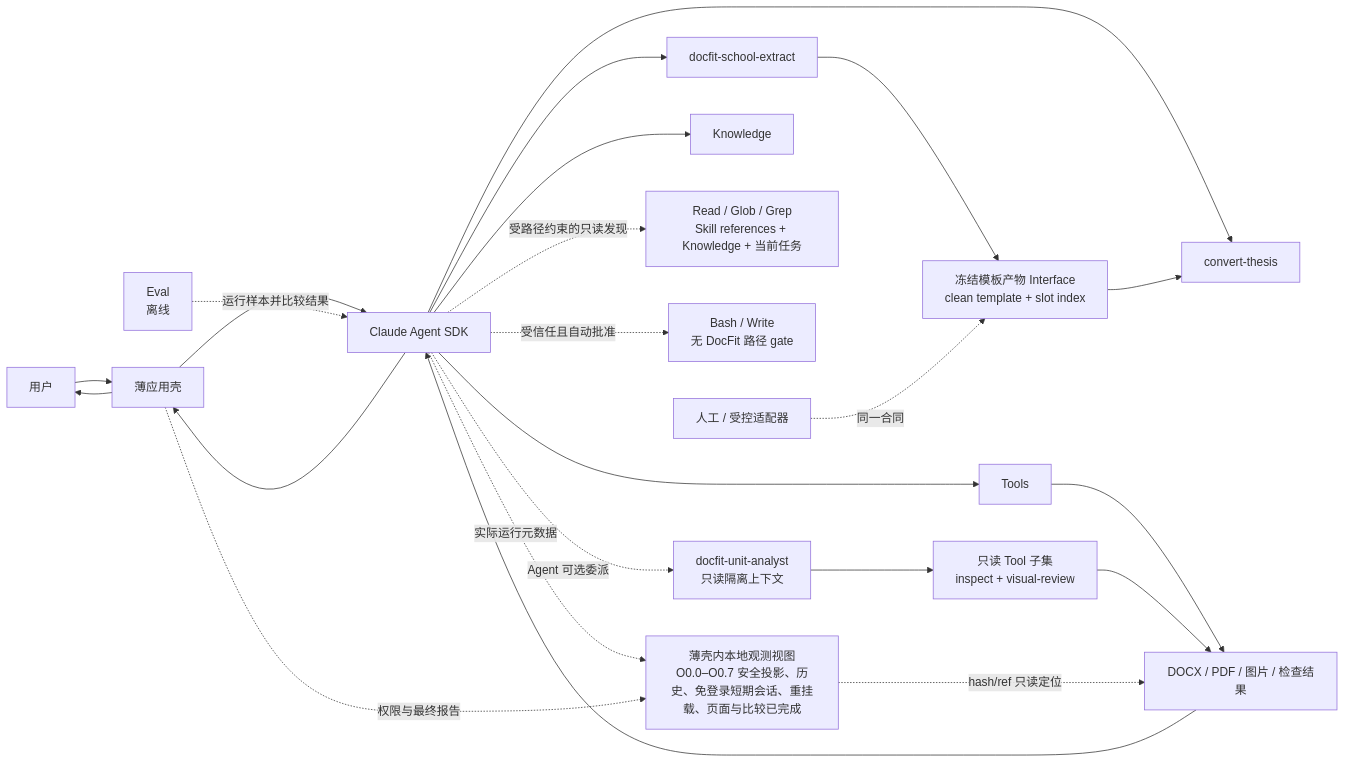
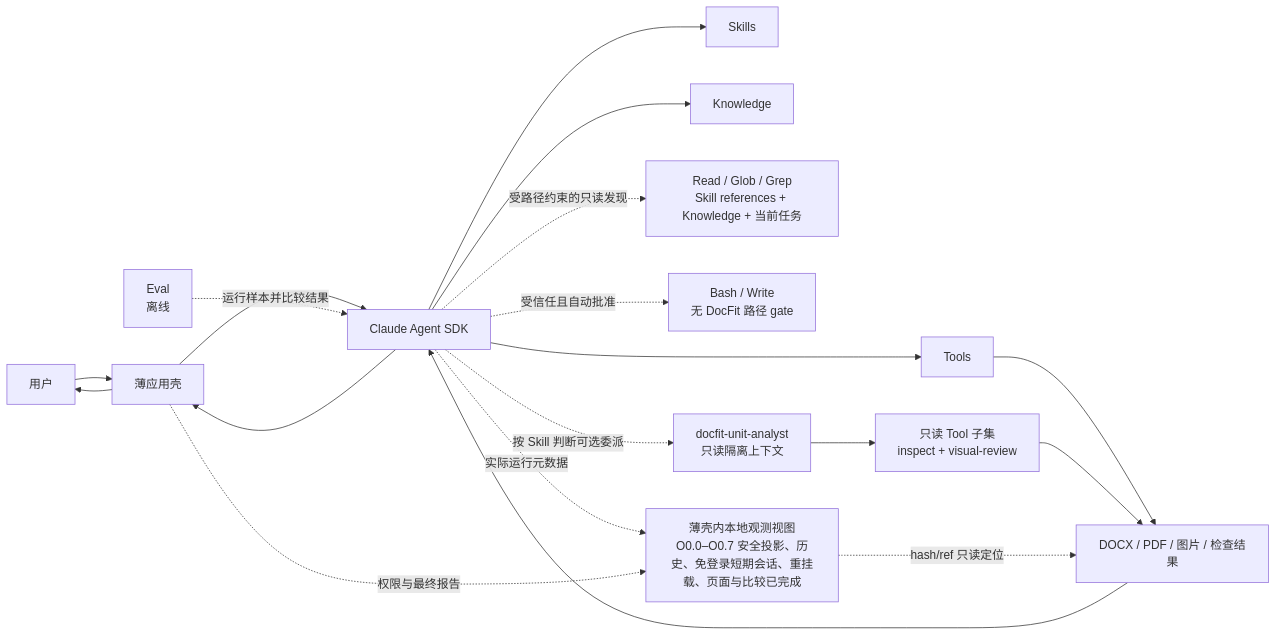
One commit to bamao88/0730 changed the diagram in docs/docfit-01-architecture-core.md. Above: the diagram before and after it, drawn with Mermaid. The commit also changed other lines of this file and 6 other files, not shown here.

Commit message:
docs: keep school skill redesign in plans

````diff
--- a/docs/docfit-01-architecture-core.md
+++ b/docs/docfit-01-architecture-core.md
@@ -103,25 +92,21 @@
 ```mermaid
 flowchart LR
     U["用户"] --> A["薄应用壳"]
     A --> SDK["Claude Agent SDK"]
-    SDK --> S1["docfit-school-extract"]
-    SDK --> S2["convert-thesis"]
-    S1 --> I["冻结模板产物 Interface<br/>clean template + slot index"]
-    H["人工 / 受控适配器"] -.同一合同.-> I
-    I --> S2
+    SDK --> S["Skills"]
     SDK --> K["Knowledge"]
     SDK --> T["Tools"]
     SDK -."受路径约束的只读发现".-> R["Read / Glob / Grep<br/>Skill references + Knowledge + 当前任务"]
     SDK -."受信任且自动批准".-> W["Bash / Write<br/>无 DocFit 路径 gate"]
-    SDK -."Agent 可选委派".-> SA["docfit-unit-analyst<br/>只读隔离上下文"]
+    SDK -."按 Skill 判断可选委派".-> SA["docfit-unit-analyst<br/>只读隔离上下文"]
     SA --> RT["只读 Tool 子集<br/>inspect + visual-review"]
     T --> F["DOCX / PDF / 图片 / 检查结果"]
     RT --> F
     F --> SDK
     SDK --> A
     A --> U
     SDK -."实际运行元数据".-> O["薄壳内本地观测视图<br/>O0.0–O0.7 安全投影、历史、免登录短期会话、重挂载、页面与比较已完成"]
     A -."权限与最终报告".-> O
     O -."hash/ref 只读定位".-> F
     E["Eval<br/>离线"] -.运行样本并比较结果.-> SDK
 ```
````
